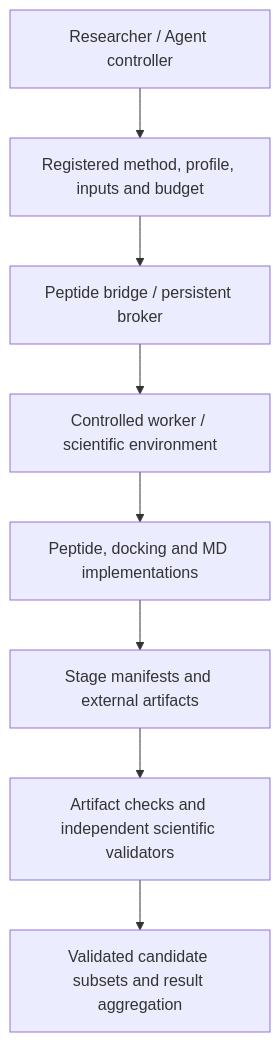
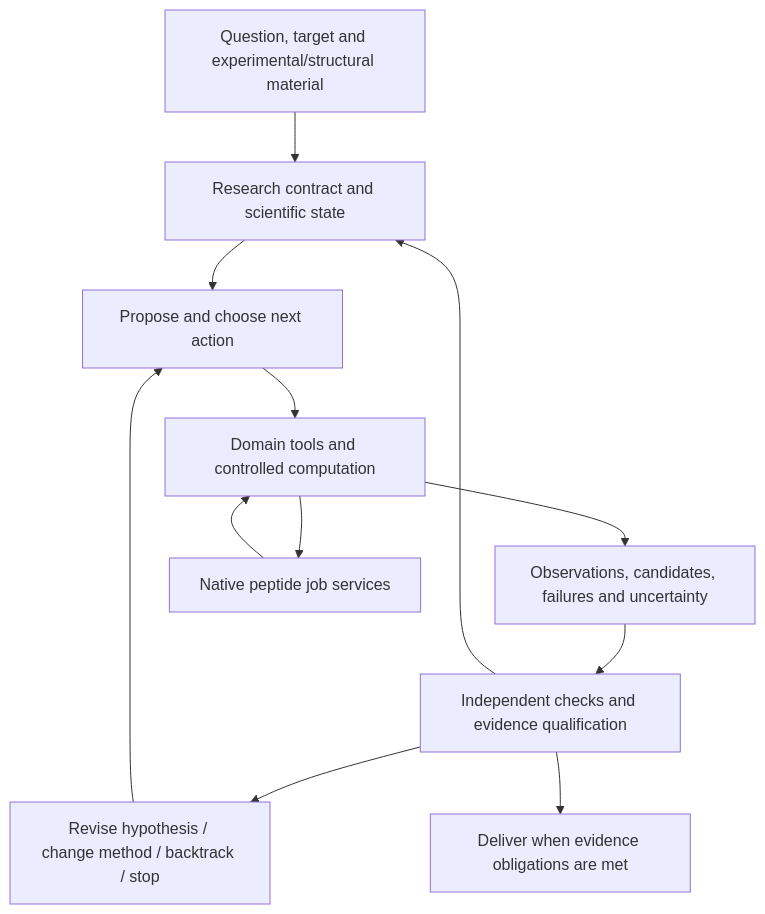
Before and after one commit to YuyangSunshine/bioma-peptide: the diagram in README.md, drawn with Mermaid. The commit also changed other lines of this file and 36 other files, not shown here.

Commit message:
Integrate peptide jobs natively and restore evidence-driven research framing

````diff
--- a/README.md
+++ b/README.md
@@ -28,10 +45,14 @@
 ```mermaid
 flowchart TD
-    A[Researcher / Agent controller] --> B[Registered method, profile, inputs and budget]
-    B --> C[Peptide bridge / persistent broker]
-    C --> D[Controlled worker / scientific environment]
-    D --> E[Peptide, docking and MD implementations]
-    E --> F[Stage manifests and external artifacts]
-    F --> G[Artifact checks and independent scientific validators]
-    G --> H[Validated candidate subsets and result aggregation]
+    Q[Question, target and experimental/structural material] --> S[Research contract and scientific state]
+    S --> A[Propose and choose next action]
+    A --> T[Domain tools and controlled computation]
+    T --> E[Observations, candidates, failures and uncertainty]
+    E --> V[Independent checks and evidence qualification]
+    V --> S
+    V --> R[Revise hypothesis / change method / backtrack / stop]
+    R --> A
+    V --> D[Deliver when evidence obligations are met]
+    T --> J[Native peptide job services]
+    J --> T
 ```
````
